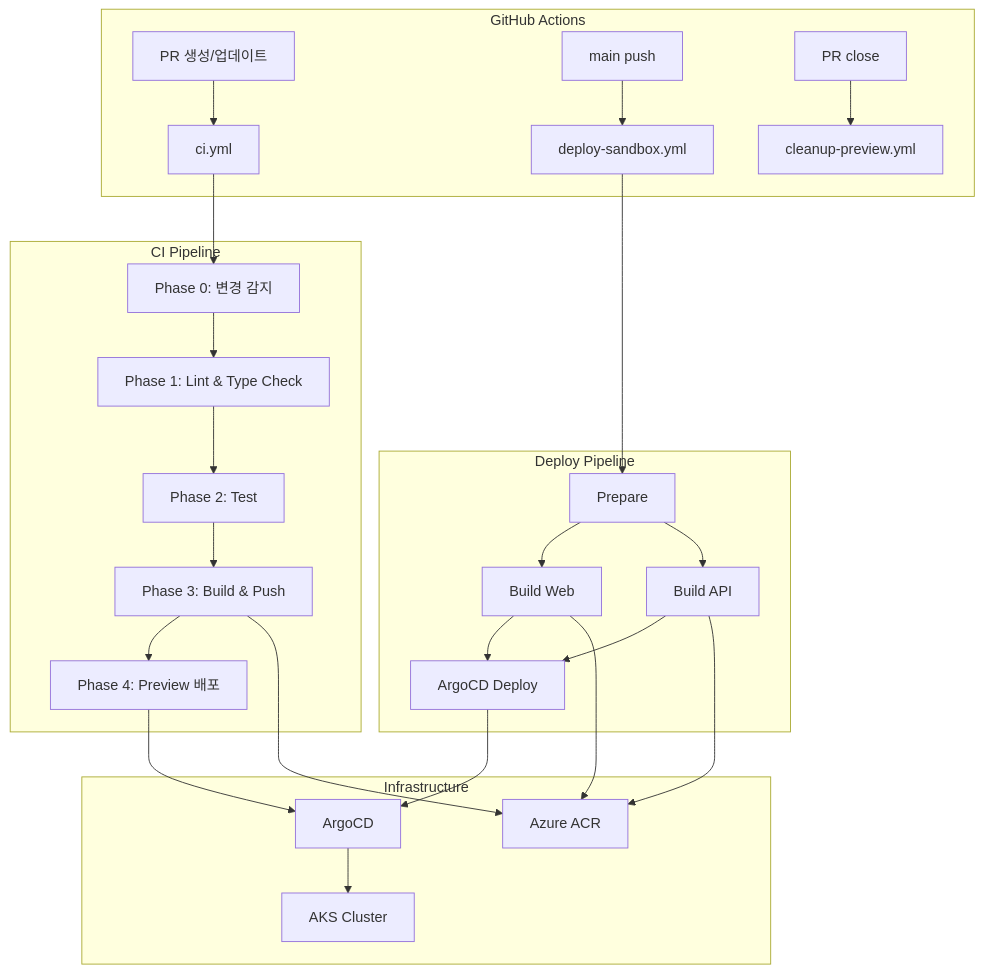
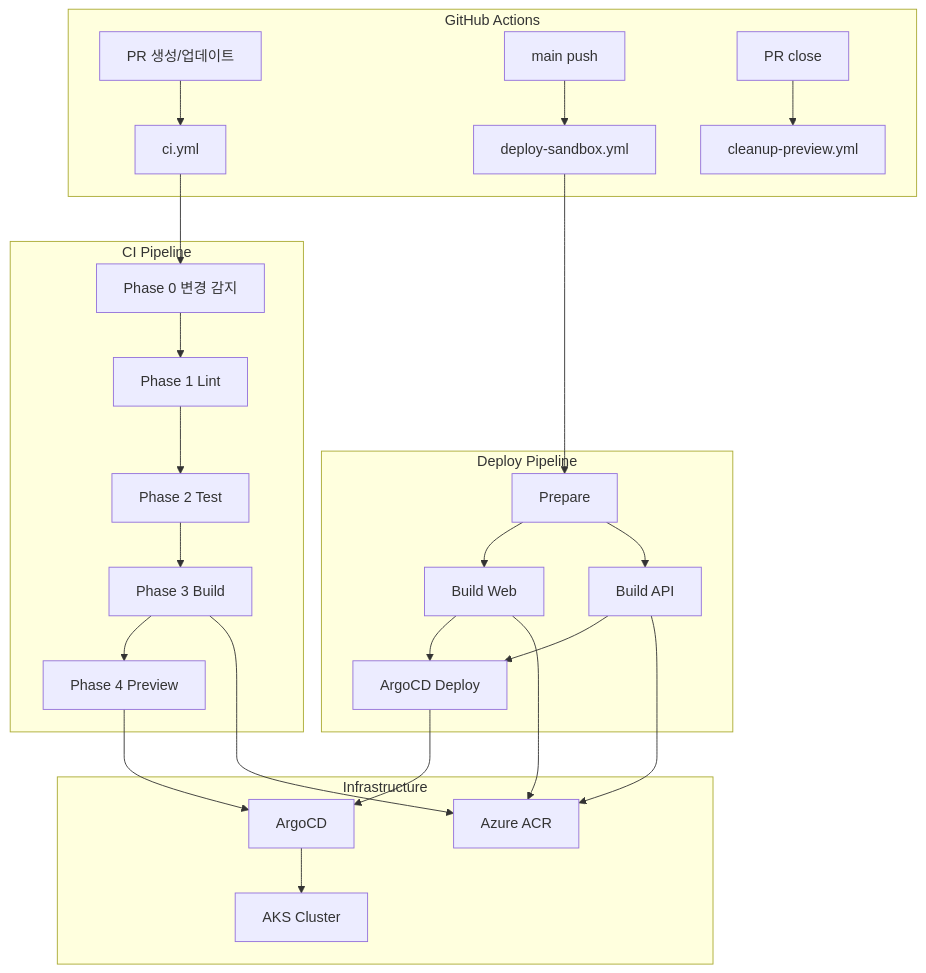
The first of 2 diagrams in src/data/blog/ai-portal-cicd-pipeline.md (neocode24/portfolio), drawn with Mermaid before and after one commit. The commit also changed other lines of this file, not shown here.

````diff
--- a/src/data/blog/ai-portal-cicd-pipeline.md
+++ b/src/data/blog/ai-portal-cicd-pipeline.md
@@ -17,41 +17,40 @@
 ```mermaid
 flowchart TD
-    subgraph "GitHub Actions"
+    subgraph GHA["GitHub Actions"]
         PR["PR 생성/업데이트"]
         PUSH["main push"]
         CLOSE["PR close"]
-
         PR --> CI["ci.yml"]
         PUSH --> DEPLOY["deploy-sandbox.yml"]
         CLOSE --> CLEANUP["cleanup-preview.yml"]
     end
 
-    subgraph "CI Pipeline"
-        CI --> DETECT["Phase 0: 변경 감지"]
-        DETECT --> LINT["Phase 1: Lint & Type Check"]
-        LINT --> TEST["Phase 2: Test"]
-        TEST --> BUILD_PR["Phase 3: Build & Push"]
-        BUILD_PR --> PREVIEW["Phase 4: Preview 배포"]
+    subgraph CIP["CI Pipeline"]
+        CI --> DETECT["Phase 0 변경 감지"]
+        DETECT --> LINT["Phase 1 Lint"]
+        LINT --> TEST["Phase 2 Test"]
+        TEST --> BUILD_PR["Phase 3 Build"]
+        BUILD_PR --> PREVIEW["Phase 4 Preview"]
     end
 
-    subgraph "Deploy Pipeline"
+    subgraph DEP["Deploy Pipeline"]
         DEPLOY --> PREPARE["Prepare"]
         PREPARE --> BUILD_WEB["Build Web"]
         PREPARE --> BUILD_API["Build API"]
         BUILD_WEB --> DEPLOY_ARGO["ArgoCD Deploy"]
         BUILD_API --> DEPLOY_ARGO
     end
 
-    subgraph "Infrastructure"
+    subgraph INFRA["Infrastructure"]
         ACR["Azure ACR"]
         ARGO["ArgoCD"]
         AKS["AKS Cluster"]
     end
 
     BUILD_PR --> ACR
     BUILD_WEB --> ACR
     BUILD_API --> ACR
     DEPLOY_ARGO --> ARGO
     PREVIEW --> ARGO
     ARGO --> AKS
 ```
````
